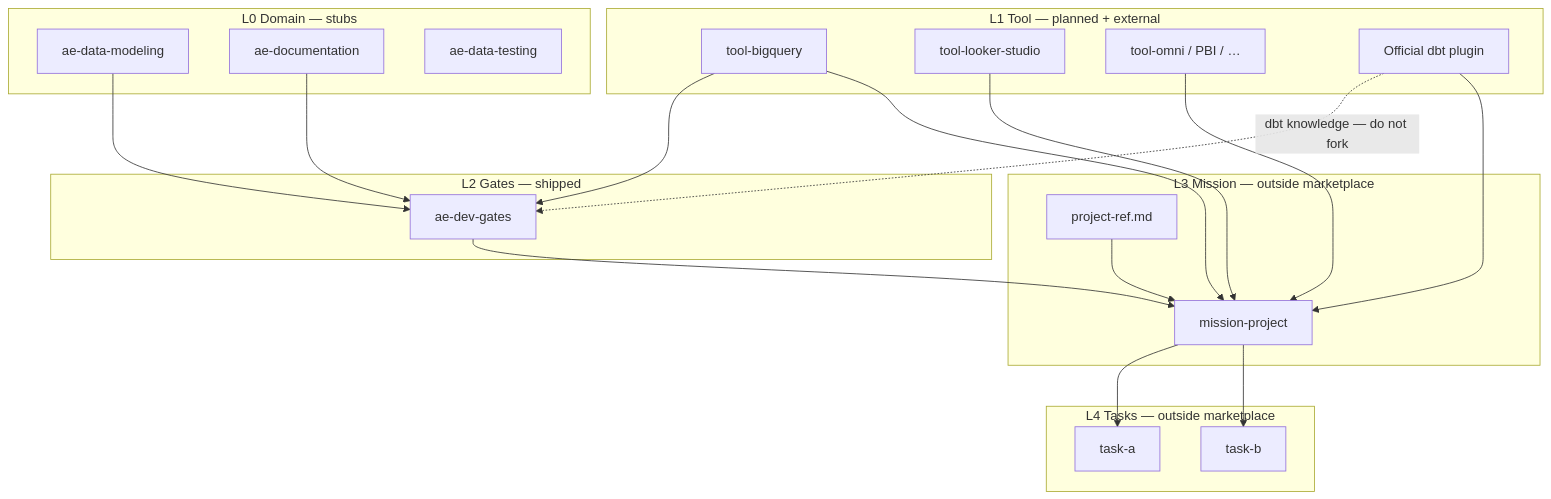
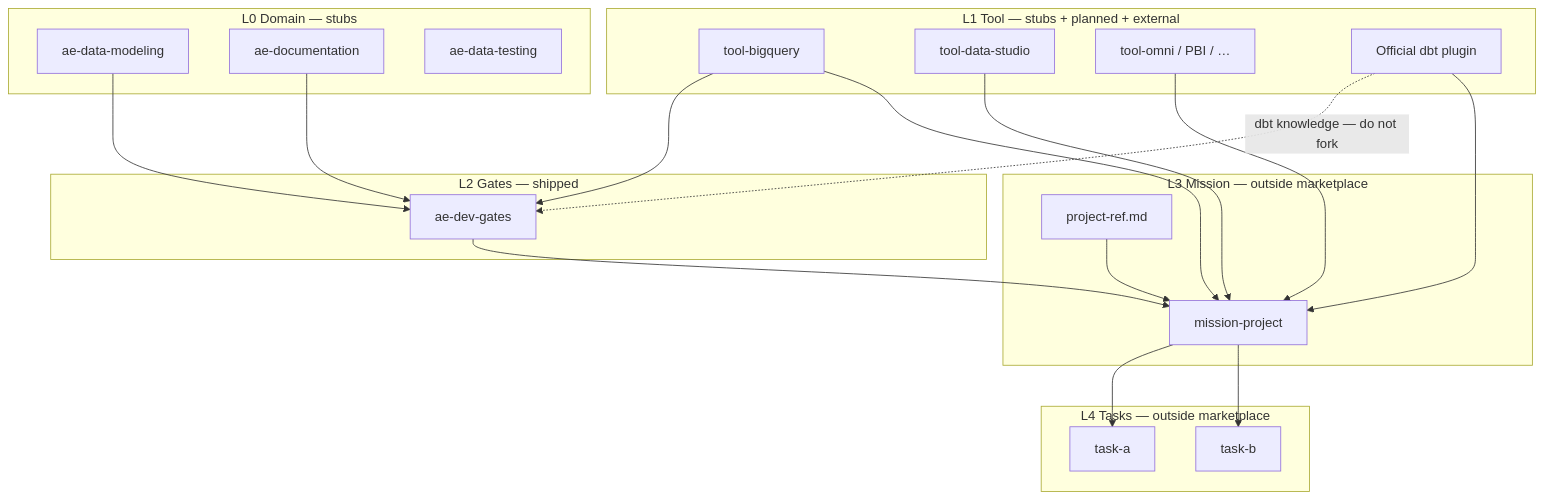
The first of 3 diagrams in plugins/ae-agent-skills/skills/ae-corpus/architecture.md (doudjol57/ae-agent-skills), drawn with Mermaid before and after one commit. The commit also changed other lines of this file and 9 other files, not shown here.

First line of the commit message:
feat: add BigQuery and Data Studio tool skill stubs (#7)

````diff
--- a/plugins/ae-agent-skills/skills/ae-corpus/architecture.md
+++ b/plugins/ae-agent-skills/skills/ae-corpus/architecture.md
@@ -8,42 +8,42 @@
 ```mermaid
 flowchart TB
   subgraph L0 [L0 Domain — stubs]
     ADM[ae-data-modeling]
     ADOc[ae-documentation]
     ADT[ae-data-testing]
   end
 
-  subgraph L1 [L1 Tool — planned + external]
+  subgraph L1 [L1 Tool — stubs + planned + external]
     TBQ[tool-bigquery]
-    TLS[tool-looker-studio]
+    TDS[tool-data-studio]
     TOM[tool-omni / PBI / …]
     PDBT[Official dbt plugin]
   end
 
   subgraph L2 [L2 Gates — shipped]
     GATES[ae-dev-gates]
   end
 
   subgraph L3 [L3 Mission — outside marketplace]
     MH[mission-project]
     PH[project-ref.md]
   end
 
   subgraph L4 [L4 Tasks — outside marketplace]
     T1[task-a]
     T2[task-b]
   end
 
   PDBT -.->|dbt knowledge — do not fork| GATES
   ADM --> GATES
   ADOc --> GATES
   TBQ --> GATES
   GATES --> MH
   TBQ --> MH
-  TLS --> MH
+  TDS --> MH
   TOM --> MH
   PDBT --> MH
   PH --> MH
   MH --> T1
   MH --> T2
 ```
````
